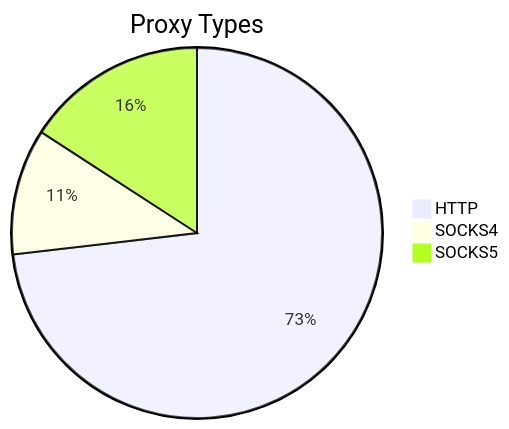
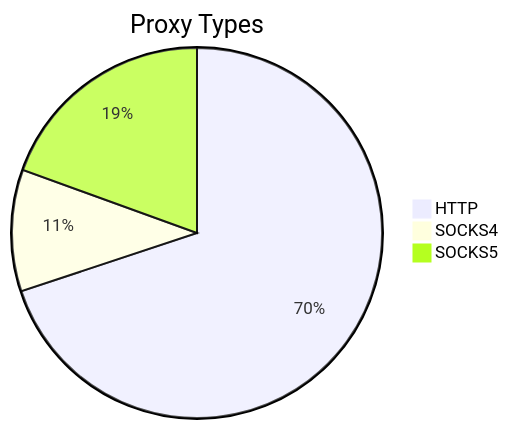
The first of 2 diagrams in README.md (stormsia/proxy-list), drawn with Mermaid before and after one commit. The commit also changed other lines of this file, not shown here.

````diff
--- a/README.md
+++ b/README.md
@@ -21,6 +21,6 @@
 ```mermaid
 pie title Proxy Types
-    "HTTP" : 406
-    "SOCKS4" : 61
+    "HTTP" : 316
+    "SOCKS4" : 48
     "SOCKS5" : 88
 ```
````
